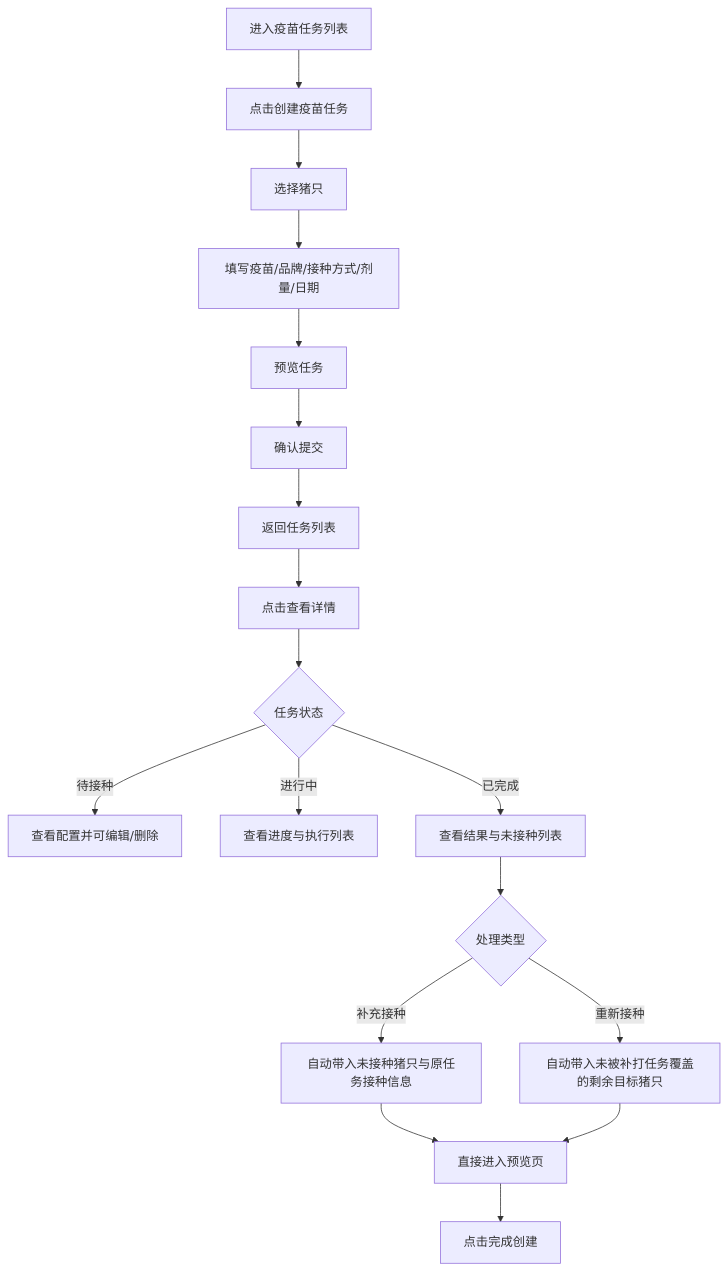
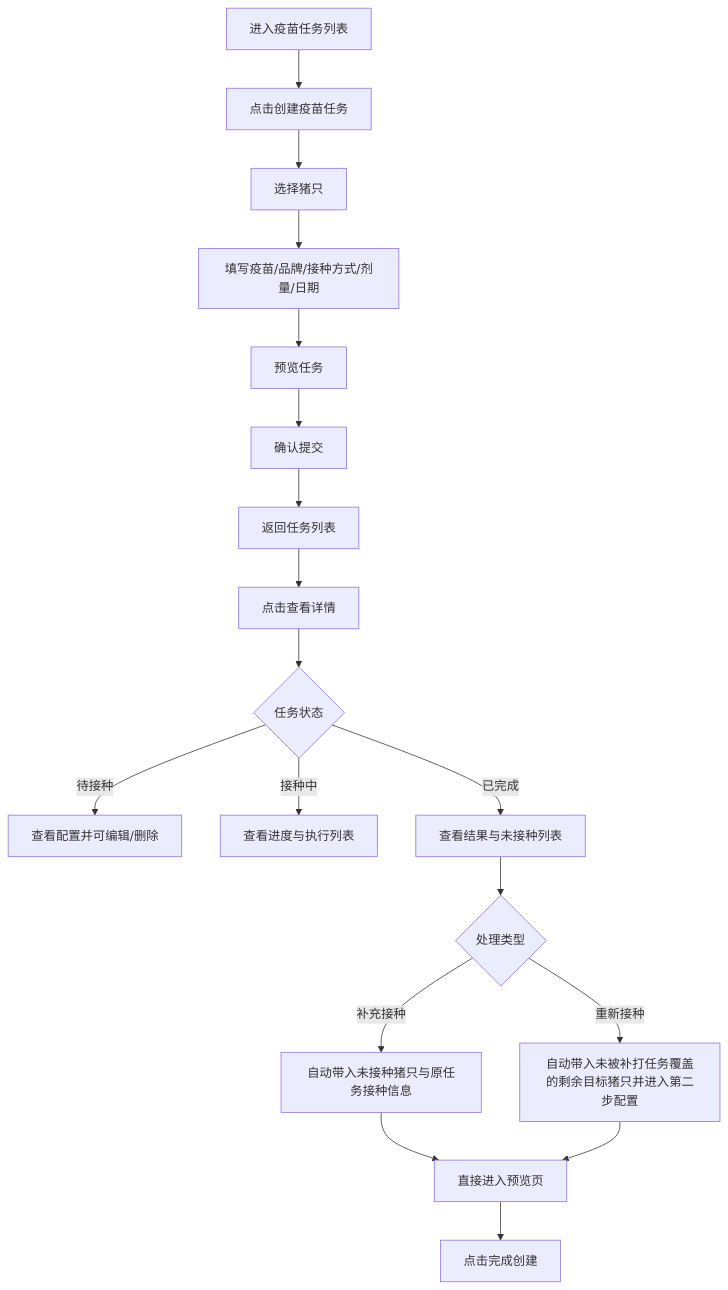
The second of 2 diagrams in prds/vaccine prd/04-疫苗任务.md (91Dhua/Vaccine), drawn with Mermaid before and after one commit. The commit also changed other lines of this file and 14 other files, not shown here.

Commit message:
polish vaccine task and review flows

````diff
--- a/prds/vaccine prd/04-疫苗任务.md
+++ b/prds/vaccine prd/04-疫苗任务.md
@@ -52,20 +52,20 @@
 ```mermaid
 flowchart TD
   A[进入疫苗任务列表] --> B[点击创建疫苗任务]
   B --> C[选择猪只]
   C --> D[填写疫苗/品牌/接种方式/剂量/日期]
   D --> E[预览任务]
   E --> F[确认提交]
   F --> G[返回任务列表]
   G --> H[点击查看详情]
   H --> I{任务状态}
   I -->|待接种| J[查看配置并可编辑/删除]
-  I -->|进行中| K[查看进度与执行列表]
+  I -->|接种中| K[查看进度与执行列表]
   I -->|已完成| L[查看结果与未接种列表]
   L --> M{处理类型}
   M -->|补充接种| N[自动带入未接种猪只与原任务接种信息]
-  M -->|重新接种| O[自动带入未被补打任务覆盖的剩余目标猪只]
+  M -->|重新接种| O[自动带入未被补打任务覆盖的剩余目标猪只并进入第二步配置]
   N --> P[直接进入预览页]
   O --> P
   P --> Q[点击完成创建]
 ```
````
